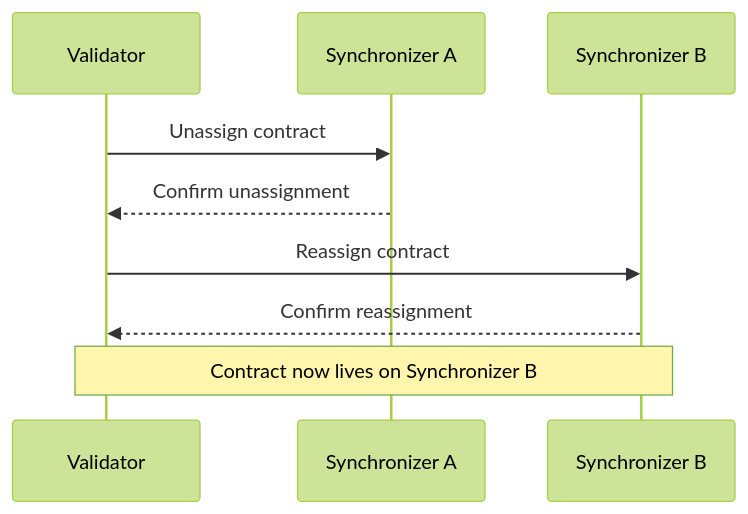
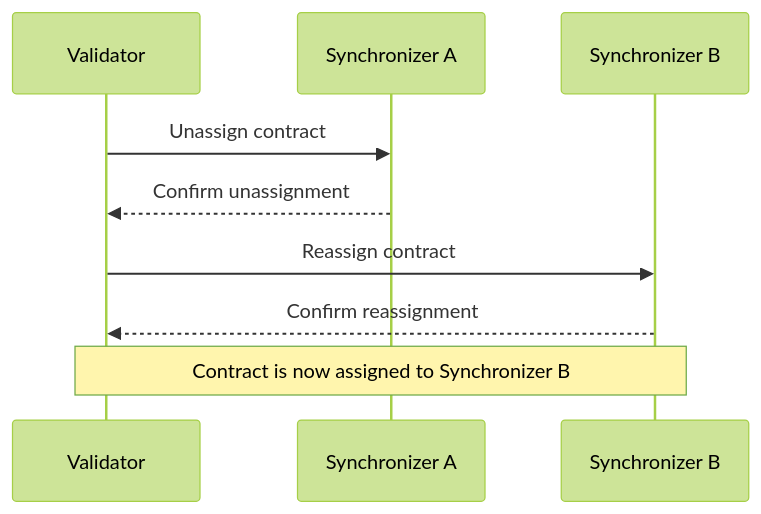
One commit to canton-network/cf-docs changed the diagram in docs-main/overview/learn/multi-synchronizer.mdx. Above: the diagram before and after it, drawn with Mermaid (forest theme).

Commit message:
Fix synchronizer-ownership terminology in reassignment diagram
Contracts are stored on validators, not synchronizers, so the sequence diagram note should describe assignment rather than implying a contract lives on a synchronizer.

````diff
--- a/docs-main/overview/learn/multi-synchronizer.mdx
+++ b/docs-main/overview/learn/multi-synchronizer.mdx
@@ -24,12 +24,12 @@
 ```mermaid
 sequenceDiagram
     participant V as Validator
     participant S1 as Synchronizer A
     participant S2 as Synchronizer B
 
     V->>S1: Unassign contract
     S1-->>V: Confirm unassignment
     V->>S2: Reassign contract
     S2-->>V: Confirm reassignment
-    Note over V,S2: Contract now lives on Synchronizer B
+    Note over V,S2: Contract is now assigned to Synchronizer B
 ```
````
